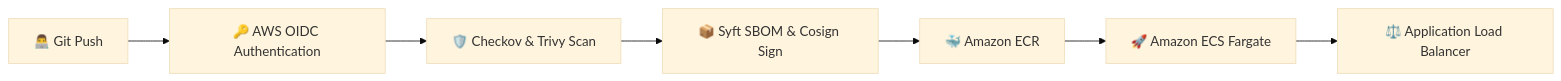
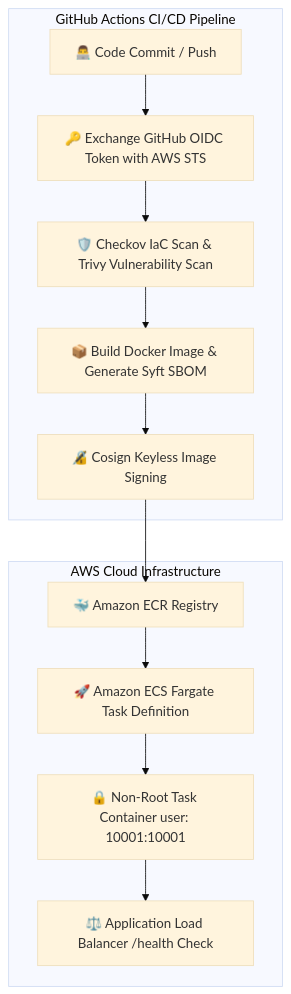
Before and after one commit to sanmathik8/Vaultforge_cloud: the diagram in README.md, drawn with Mermaid (base theme). The commit also changed other lines of this file, not shown here.

````diff
--- a/README.md
+++ b/README.md
@@ -16,9 +29,16 @@
 ```mermaid
-flowchart LR
-    A[👨‍💻 Git Push] --> B[🔑 AWS OIDC Authentication]
-    B --> C[🛡️ Checkov & Trivy Scan]
-    C --> D[📦 Syft SBOM & Cosign Sign]
-    D --> E[🐳 Amazon ECR]
-    E --> F[🚀 Amazon ECS Fargate]
-    F --> G[⚖️ Application Load Balancer]
+flowchart TD
+    subgraph CI_CD [GitHub Actions CI/CD Pipeline]
+        A[👨‍💻 Code Commit / Push] --> B[🔑 Exchange GitHub OIDC Token with AWS STS]
+        B --> C[🛡️ Checkov IaC Scan & Trivy Vulnerability Scan]
+        C --> D[📦 Build Docker Image & Generate Syft SBOM]
+        D --> E[🔏 Cosign Keyless Image Signing]
+    end
+
+    subgraph AWS_Cloud [AWS Cloud Infrastructure]
+        E --> F[🐳 Amazon ECR Registry]
+        F --> G[🚀 Amazon ECS Fargate Task Definition]
+        G --> H[🔒 Non-Root Task Container user: 10001:10001]
+        H --> I[⚖️ Application Load Balancer /health Check]
+    end
 ```
````
